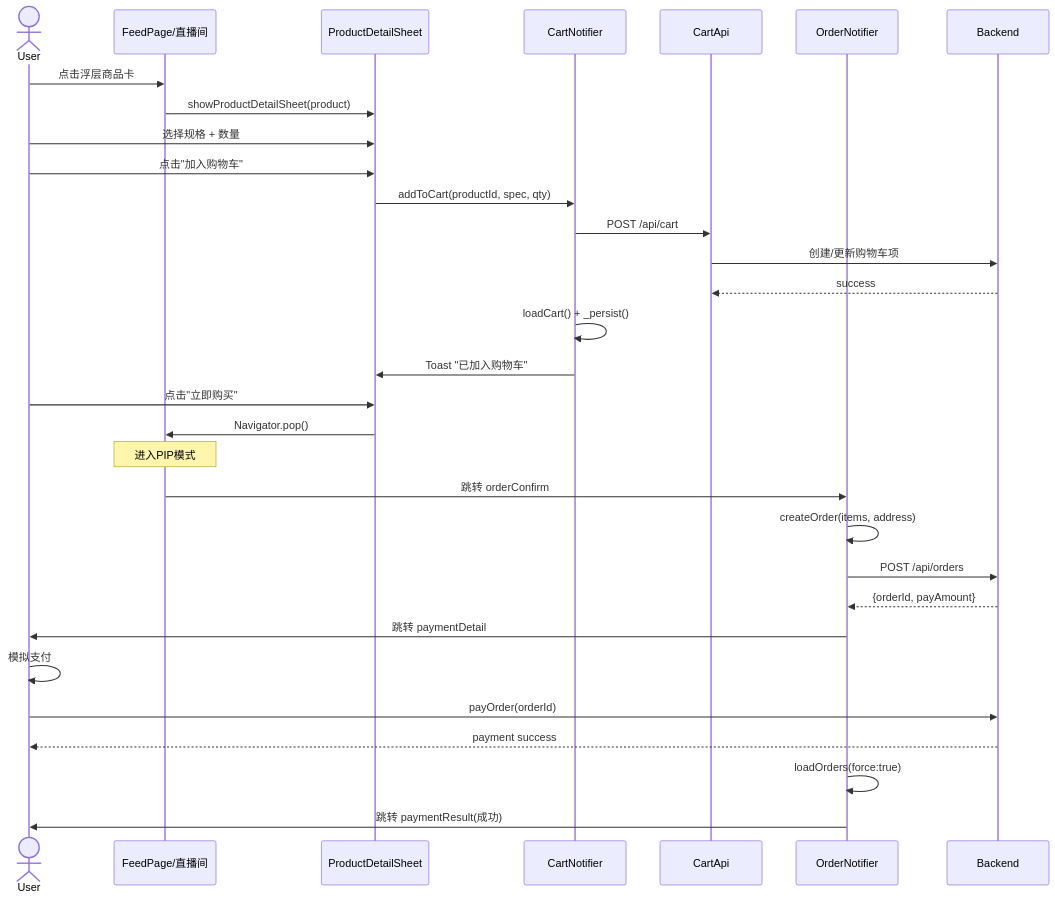
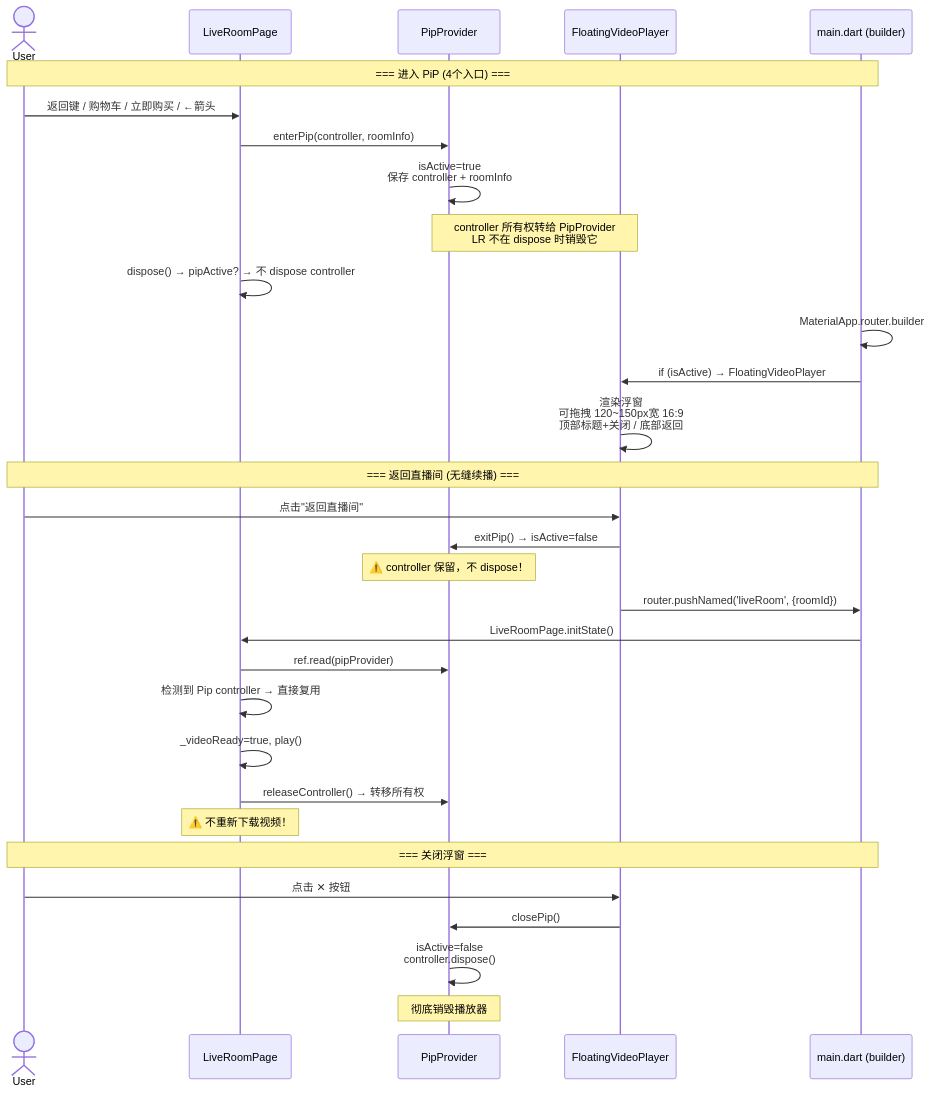
Before and after one commit to LIQingQing666/client: the eighth of 11 diagrams in 测试文档/架构图-Mermaid.md, drawn with Mermaid. The commit also changed other lines of this file and 3 other files, not shown here.

````diff
--- a/测试文档/架构图-Mermaid.md
+++ b/测试文档/架构图-Mermaid.md
@@ -345,36 +368,42 @@
 ```mermaid
 sequenceDiagram
     actor User
-    participant Feed as FeedPage/直播间
-    participant Sheet as ProductDetailSheet
-    participant CartProv as CartNotifier
-    participant CartAPI as CartApi
-    participant OrderProv as OrderNotifier
-    participant Server as Backend
+    participant LR as LiveRoomPage
+    participant PIP as PipProvider
+    participant Float as FloatingVideoPlayer
+    participant Main as main.dart (builder)
 
-    User->>Feed: 点击浮层商品卡
-    Feed->>Sheet: showProductDetailSheet(product)
-    User->>Sheet: 选择规格 + 数量
-    User->>Sheet: 点击"加入购物车"
-    Sheet->>CartProv: addToCart(productId, spec, qty)
-    CartProv->>CartAPI: POST /api/cart
-    CartAPI->>Server: 创建/更新购物车项
-    Server-->>CartAPI: success
-    CartProv->>CartProv: loadCart() + _persist()
-    CartProv->>Sheet: Toast "已加入购物车"
+    Note over User,Main: === 进入 PiP (4个入口) ===
 
-    User->>Sheet: 点击"立即购买"
-    Sheet->>Feed: Navigator.pop()
-    Note over Feed: 进入PIP模式
-    Feed->>OrderProv: 跳转 orderConfirm
-    OrderProv->>OrderProv: createOrder(items, address)
-    OrderProv->>Server: POST /api/orders
-    Server-->>OrderProv: {orderId, payAmount}
-    OrderProv->>User: 跳转 paymentDetail
+    User->>LR: 返回键 / 购物车 / 立即购买 / ←箭头
+    LR->>PIP: enterPip(controller, roomInfo)
+    PIP->>PIP: isActive=true<br/>保存 controller + roomInfo
+    Note over PIP,Float: controller 所有权转给 PipProvider<br/>LR 不在 dispose 时销毁它
 
-    User->>User: 模拟支付
-    User->>Server: payOrder(orderId)
-    Server-->>User: payment success
-    OrderProv->>OrderProv: loadOrders(force:true)
-    OrderProv->>User: 跳转 paymentResult(成功)
+    LR->>LR: dispose() → pipActive? → 不 dispose controller
+
+    Main->>Main: MaterialApp.router.builder
+    Main->>Float: if (isActive) → FloatingVideoPlayer
+    Float->>Float: 渲染浮窗<br/>可拖拽 120~150px宽 16:9<br/>顶部标题+关闭 / 底部返回
+
+    Note over User,Main: === 返回直播间 (无缝续播) ===
+
+    User->>Float: 点击"返回直播间"
+    Float->>PIP: exitPip() → isActive=false
+    Note over PIP: ⚠️ controller 保留，不 dispose！
+    Float->>Main: router.pushNamed('liveRoom', {roomId})
+
+    Main->>LR: LiveRoomPage.initState()
+    LR->>PIP: ref.read(pipProvider)
+    LR->>LR: 检测到 Pip controller → 直接复用
+    LR->>LR: _videoReady=true, play()
+    LR->>PIP: releaseController() → 转移所有权
+    Note over LR: ⚠️ 不重新下载视频！
+
+    Note over User,Main: === 关闭浮窗 ===
+
+    User->>Float: 点击 ✕ 按钮
+    Float->>PIP: closePip()
+    PIP->>PIP: isActive=false<br/>controller.dispose()
+    Note over PIP: 彻底销毁播放器
 ```
````
